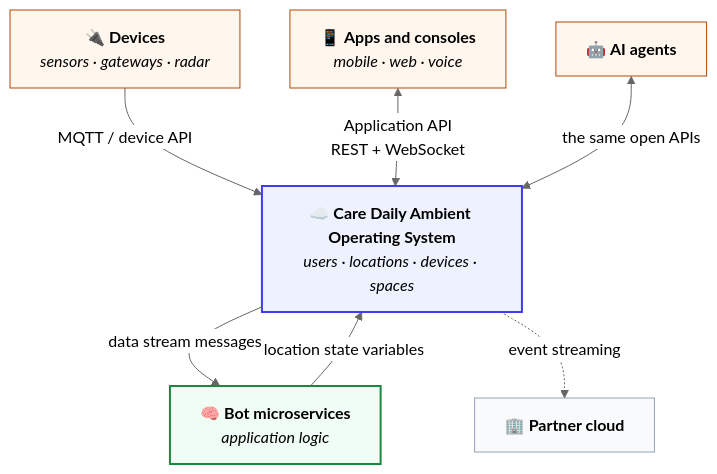
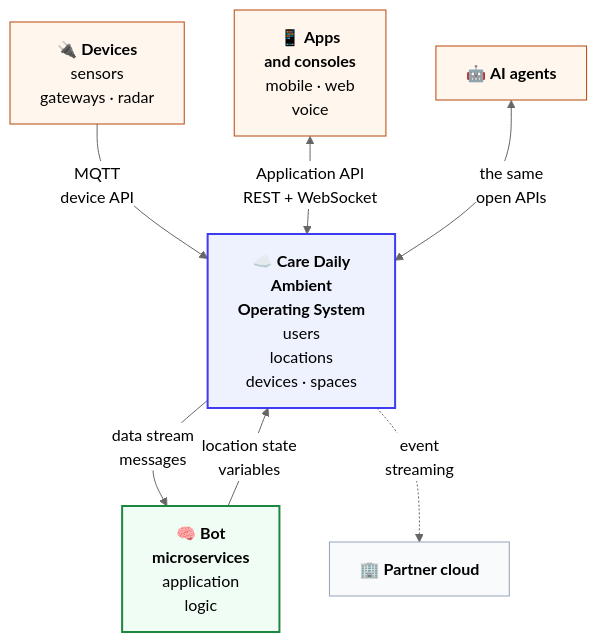
Before and after one commit to CareDailyAI/docs: the first of 2 diagrams in README.md, drawn with Mermaid (neutral theme). The commit also changed 30 other files, not shown here.

First line of the commit message:
Diagrams: wrap every flowchart label to short rows so Chrome stops clipping them

````diff
--- a/README.md
+++ b/README.md
@@ -20,25 +20,25 @@
 ```mermaid
 flowchart TB
-    DEV["🔌 <b>Devices</b><br/><i>sensors · gateways · radar</i>"]
-    APP["📱 <b>Apps and consoles</b><br/><i>mobile · web · voice</i>"]
+    DEV["🔌 <b>Devices</b><br/>sensors<br/>gateways · radar"]
+    APP["📱 <b>Apps</b><br/><b>and consoles</b><br/>mobile · web<br/>voice"]
     AG["🤖 <b>AI agents</b>"]
-    P["☁️ <b>Care Daily Ambient Operating System</b><br/><i>users · locations · devices · spaces</i>"]
-    B["🧠 <b>Bot microservices</b><br/><i>application logic</i>"]
+    P["☁️ <b>Care Daily</b><br/><b>Ambient</b><br/><b>Operating System</b><br/>users<br/>locations<br/>devices · spaces"]
+    B["🧠 <b>Bot</b><br/><b>microservices</b><br/>application<br/>logic"]
     EXT["🏢 <b>Partner cloud</b>"]
 
-    DEV -->|"MQTT / device API"| P
+    DEV -->|"MQTT<br/>device API"| P
     APP <-->|"Application API<br/>REST + WebSocket"| P
-    AG <-->|"the same open APIs"| P
-    P -->|"data stream messages"| B
-    B -->|"location state variables"| P
-    P -.->|"event streaming"| EXT
+    AG <-->|"the same<br/>open APIs"| P
+    P -->|"data stream<br/>messages"| B
+    B -->|"location state<br/>variables"| P
+    P -.->|"event<br/>streaming"| EXT
 
     classDef plat fill:#eef2ff,stroke:#3f3bf2,stroke-width:2px
     classDef bot  fill:#f0fdf4,stroke:#1b873f,stroke-width:2px
     classDef edge fill:#fff7ed,stroke:#b54708
     classDef ext  fill:#f8fafc,stroke:#94a3b8
     class P plat
     class B bot
     class DEV,APP,AG edge
     class EXT ext
 ```
````
